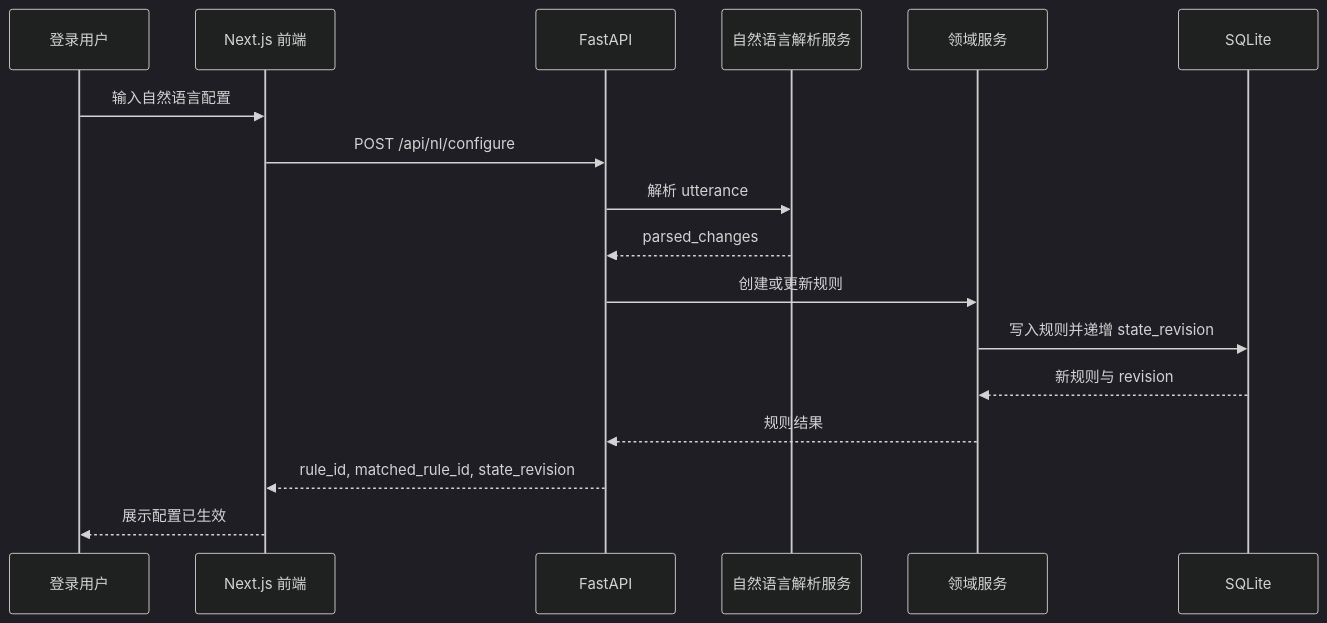
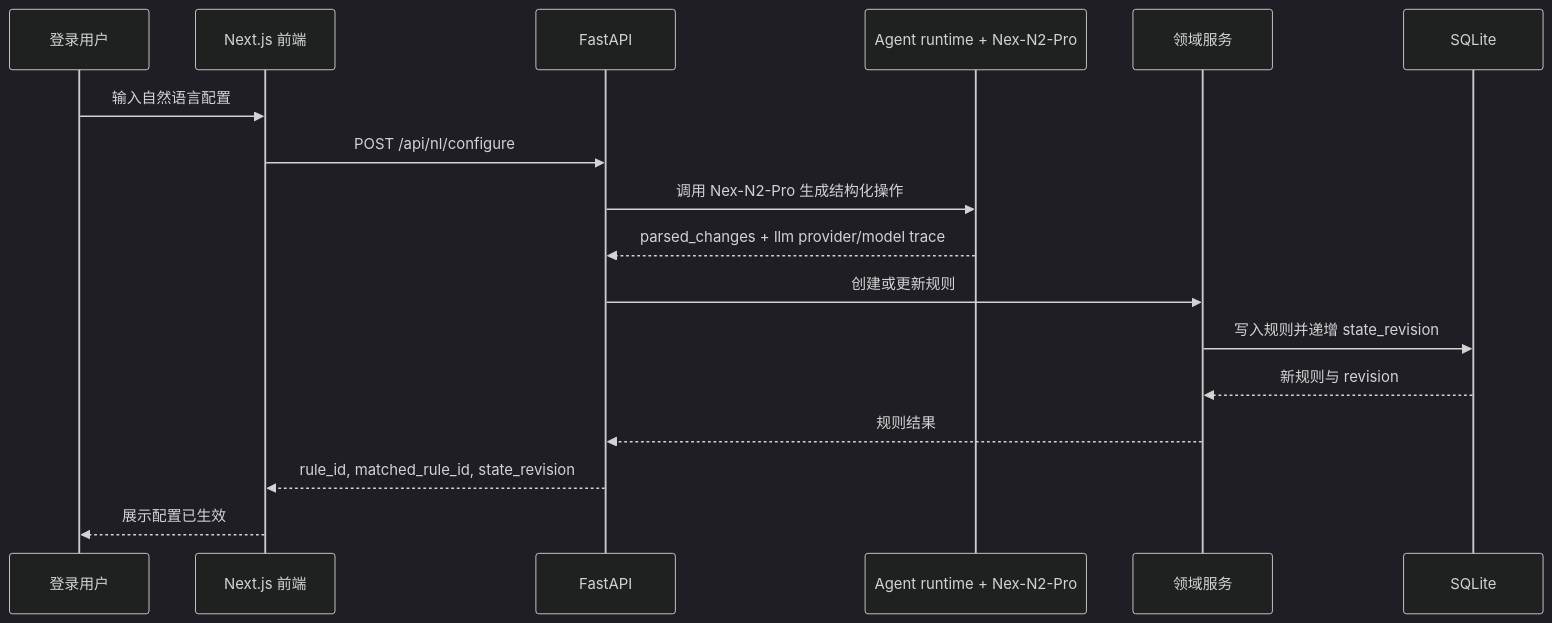
The second of 3 diagrams in docs/rfcs/0002-fastapi-api-agent-contract.md (WN921/north-hackathon-team-8-meeting), drawn with Mermaid (dark theme) before and after one commit. The commit also changed other lines of this file and 3 other files, not shown here.

````diff
--- a/docs/rfcs/0002-fastapi-api-agent-contract.md
+++ b/docs/rfcs/0002-fastapi-api-agent-contract.md
@@ -832,20 +1301,20 @@
 ```mermaid
 sequenceDiagram
     participant U as 登录用户
     participant FE as Next.js 前端
     participant API as FastAPI
-    participant NL as 自然语言解析服务
+    participant NL as Agent runtime + Nex-N2-Pro
     participant Domain as 领域服务
     participant DB as SQLite
 
     U->>FE: 输入自然语言配置
     FE->>API: POST /api/nl/configure
-    API->>NL: 解析 utterance
-    NL-->>API: parsed_changes
+    API->>NL: 调用 Nex-N2-Pro 生成结构化操作
+    NL-->>API: parsed_changes + llm provider/model trace
     API->>Domain: 创建或更新规则
     Domain->>DB: 写入规则并递增 state_revision
     DB-->>Domain: 新规则与 revision
     Domain-->>API: 规则结果
     API-->>FE: rule_id, matched_rule_id, state_revision
     FE-->>U: 展示配置已生效
 ```
````
